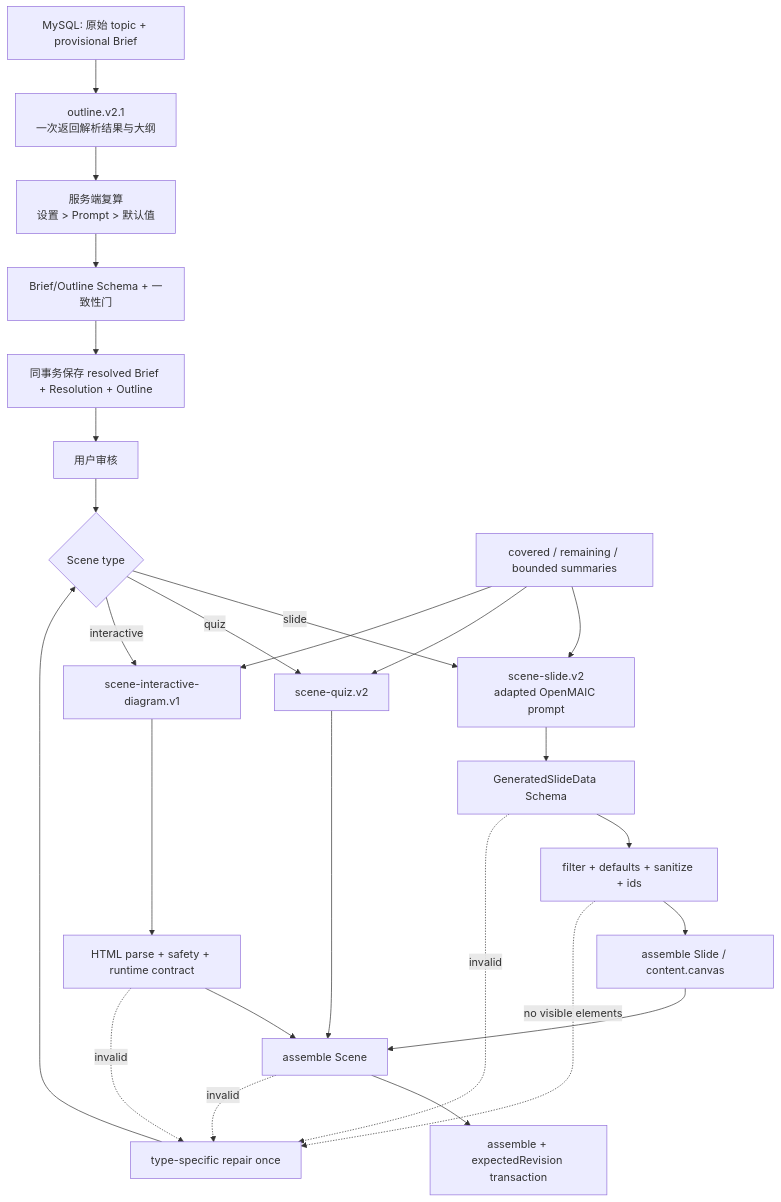
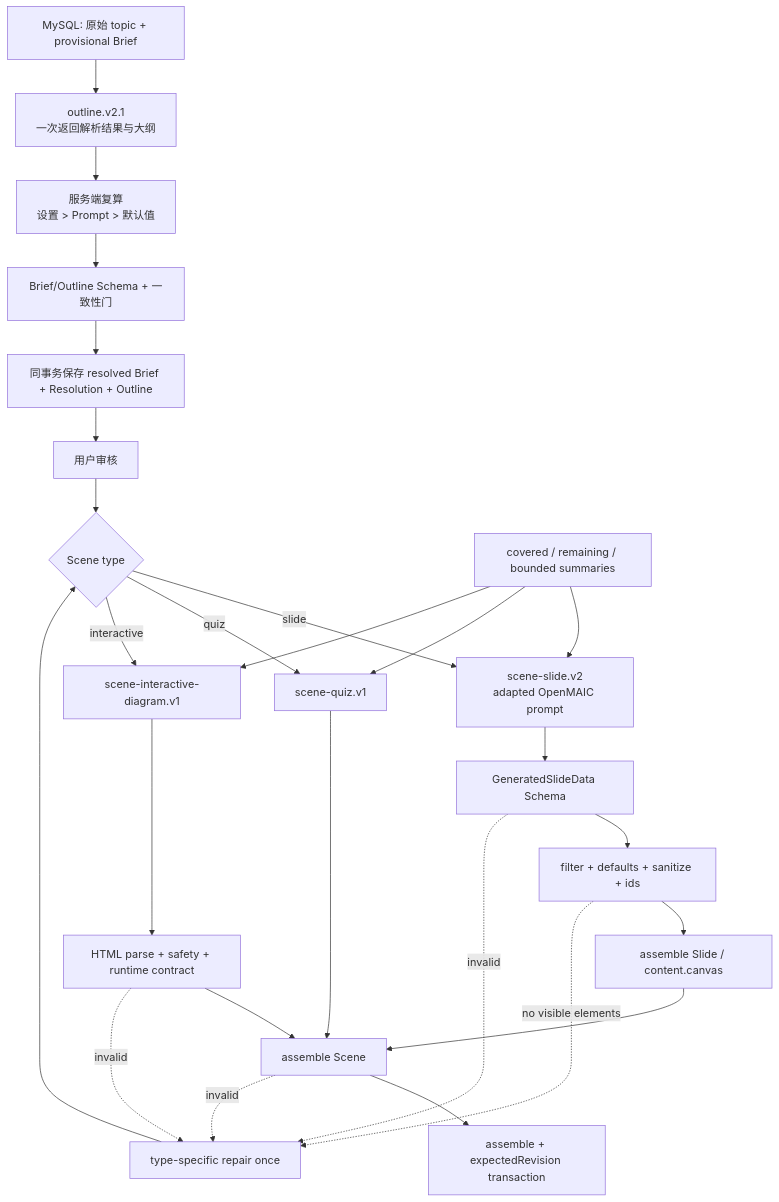
The second of 2 diagrams in docs/05-generation-pipeline.md (shuige666666/ai-teaching-assistance-platform), drawn with Mermaid before and after one commit. The commit also changed other lines of this file and 37 other files, not shown here.

````diff
--- a/docs/05-generation-pipeline.md
+++ b/docs/05-generation-pipeline.md
@@ -87,32 +87,32 @@
 ```mermaid
 flowchart TD
     Draft["MySQL: 原始 topic + provisional Brief"] --> OutlineV2["outline.v2.1<br/>一次返回解析结果与大纲"]
     OutlineV2 --> BriefResolver["服务端复算<br/>设置 > Prompt > 默认值"]
     BriefResolver --> OutlineGate["Brief/Outline Schema + 一致性门"]
     OutlineGate --> PersistOutline["同事务保存 resolved Brief + Resolution + Outline"]
     PersistOutline --> Review["用户审核"]
     Review --> Route{"Scene type"}
 
     Route -->|slide| SlideV2["scene-slide.v2<br/>adapted OpenMAIC prompt"]
-    Route -->|quiz| QuizV2["scene-quiz.v2"]
+    Route -->|quiz| QuizV1["scene-quiz.v1"]
     Route -->|interactive| DiagramV1["scene-interactive-diagram.v1"]
 
     Memory["covered / remaining / bounded summaries"] --> SlideV2
-    Memory --> QuizV2
+    Memory --> QuizV1
     Memory --> DiagramV1
 
     SlideV2 --> SlideSchema["GeneratedSlideData Schema"]
     SlideSchema --> Normalize["filter + defaults + sanitize + ids"]
     Normalize --> BuildSlide["assemble Slide / content.canvas"]
     BuildSlide --> SceneGate["assemble Scene"]
-    QuizV2 --> SceneGate
+    QuizV1 --> SceneGate
     DiagramV1 --> HtmlGate["HTML parse + safety + runtime contract"]
     HtmlGate --> SceneGate
     SceneGate --> Persist["assemble + expectedRevision transaction"]
 
     SlideSchema -.invalid.-> RepairOnce["type-specific repair once"]
     Normalize -.no visible elements.-> RepairOnce
     SceneGate -.invalid.-> RepairOnce
     HtmlGate -.invalid.-> RepairOnce
     RepairOnce --> Route
 ```
````
